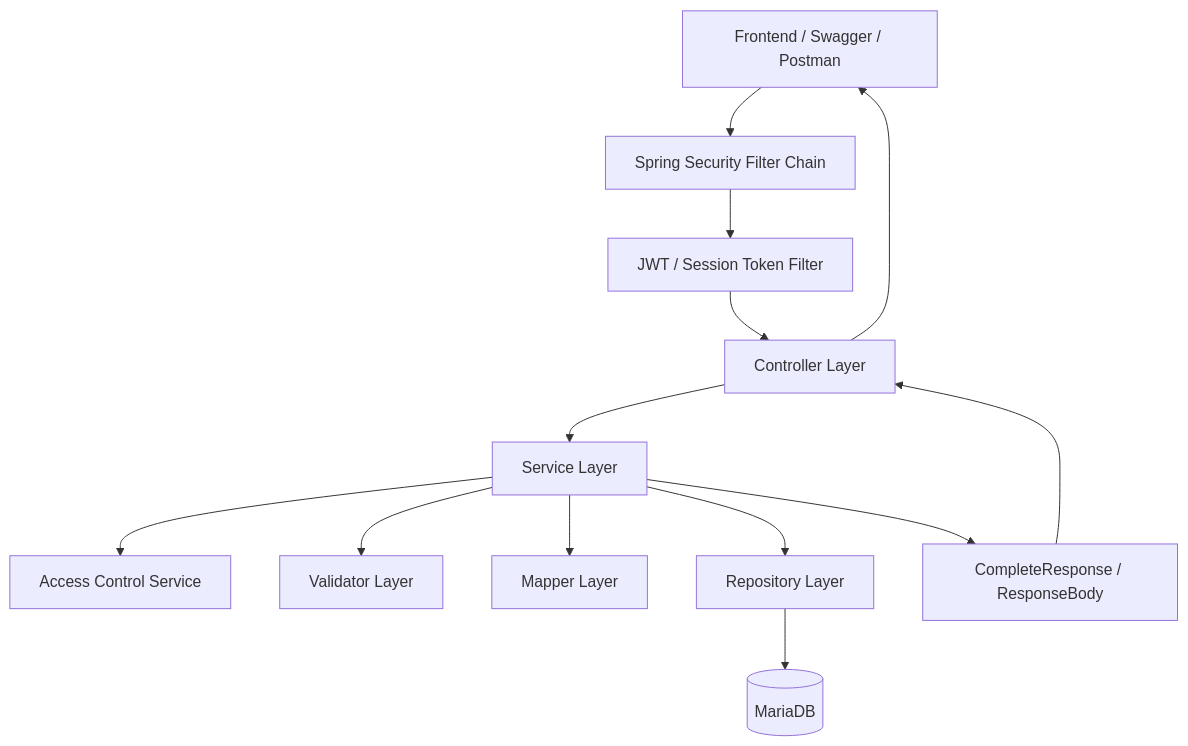
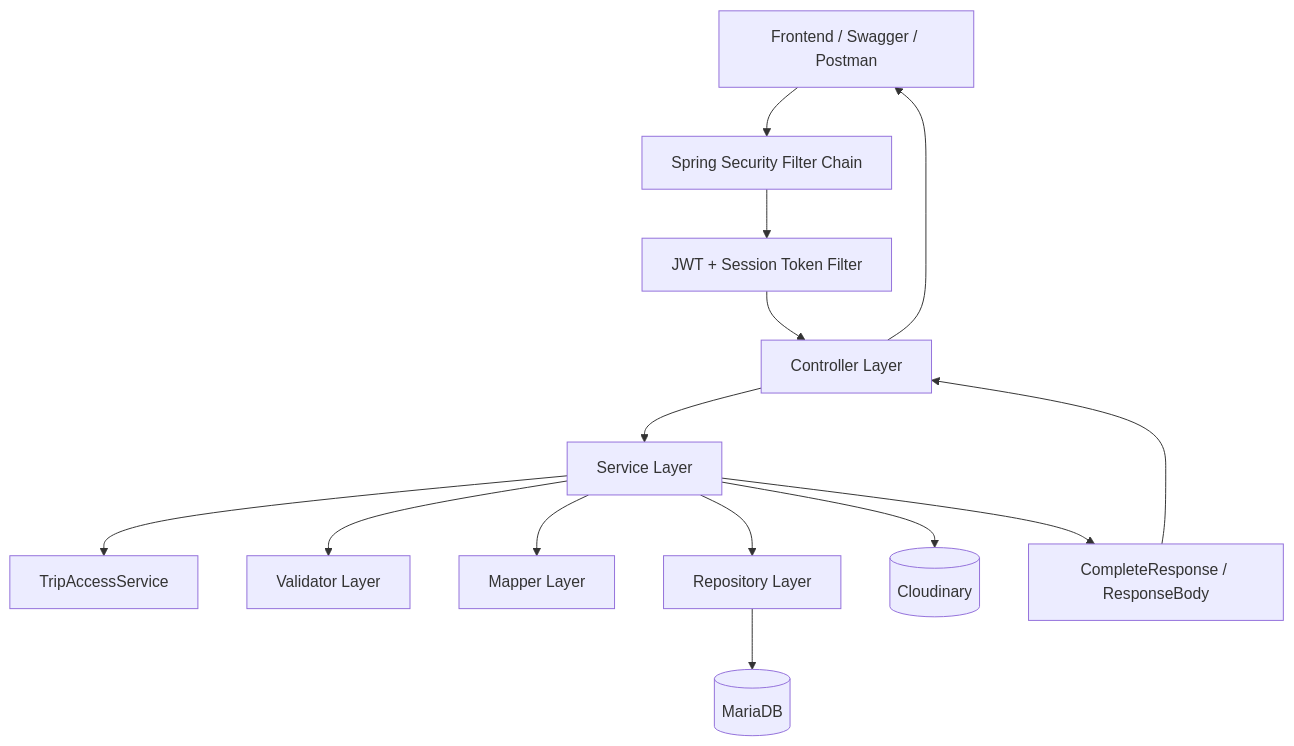
The diagram in backend/README.md (JustinBui22/wandermate-fullstack), drawn with Mermaid before and after one commit. The commit also changed other lines of this file and 21 other files, not shown here.

````diff
--- a/backend/README.md
+++ b/backend/README.md
@@ -85,15 +70,16 @@
 ```mermaid
 flowchart TD
     Client[Frontend / Swagger / Postman] --> Security[Spring Security Filter Chain]
-    Security --> TokenFilter[JWT / Session Token Filter]
+    Security --> TokenFilter[JWT + Session Token Filter]
     TokenFilter --> Controller[Controller Layer]
     Controller --> Service[Service Layer]
-    Service --> Access[Access Control Service]
+    Service --> Access[TripAccessService]
     Service --> Validator[Validator Layer]
     Service --> Mapper[Mapper Layer]
     Service --> Repository[Repository Layer]
     Repository --> DB[(MariaDB)]
+    Service --> Cloudinary[(Cloudinary)]
     Service --> Response[CompleteResponse / ResponseBody]
     Response --> Controller
     Controller --> Client
 ```
````
